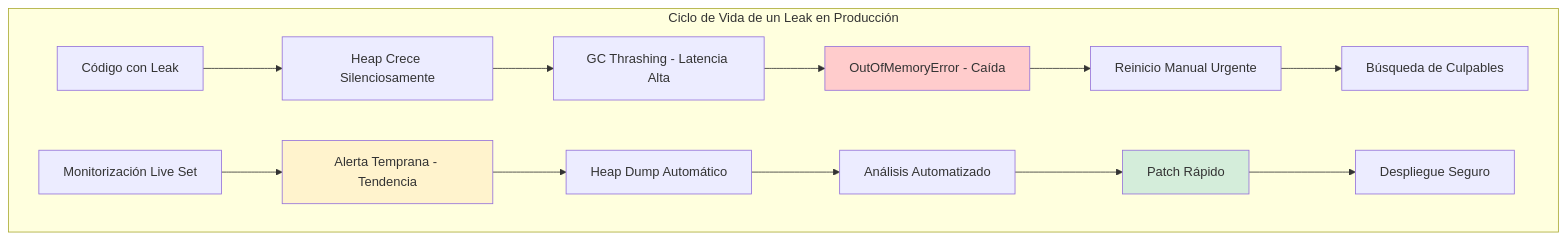
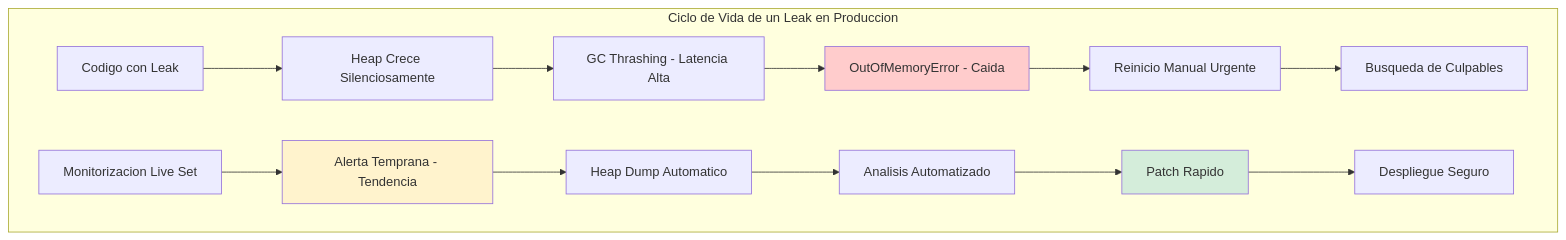
Before and after one commit to Joaquinriosheredia/DAM-Java-Mastery: the first of 4 diagrams in 01_Java_Core/memory_leaks_reales_en_java_deteccion_y_solucion_con_visualvm_STAFF.md, drawn with Mermaid. The commit also changed other lines of this file, not shown here.

Commit message:
memory_leaks_reales_en_java_deteccion_y_solucion_con_visualvm_STAFF.md

````diff
--- a/01_Java_Core/memory_leaks_reales_en_java_deteccion_y_solucion_con_visualvm_STAFF.md
+++ b/01_Java_Core/memory_leaks_reales_en_java_deteccion_y_solucion_con_visualvm_STAFF.md
@@ -38,20 +53,20 @@
 ```mermaid
 graph TD
-    subgraph "Ciclo de Vida de un Leak en Producción"
-        CODE[Código con Leak] --> GROW[Heap Crece Silenciosamente]
+    subgraph "Ciclo de Vida de un Leak en Produccion"
+        CODE[Codigo con Leak] --> GROW[Heap Crece Silenciosamente]
         GROW --> THRASH[GC Thrashing - Latencia Alta]
-        THRASH --> OOM[OutOfMemoryError - Caída]
+        THRASH --> OOM[OutOfMemoryError - Caida]
         OOM --> RESTART[Reinicio Manual Urgente]
-        RESTART --> BLAME[Búsqueda de Culpables]
+        RESTART --> BLAME[Busqueda de Culpables]
         
-        PROACTIVE[Monitorización Live Set] --> ALERT[Alerta Temprana - Tendencia]
-        ALERT --> DUMP[Heap Dump Automático]
-        DUMP --> ANALYSIS[Análisis Automatizado]
-        ANALYSIS --> FIX[Patch Rápido]
+        PROACTIVE[Monitorizacion Live Set] --> ALERT[Alerta Temprana - Tendencia]
+        ALERT --> DUMP[Heap Dump Automatico]
+        DUMP --> ANALYSIS[Analisis Automatizado]
+        ANALYSIS --> FIX[Patch Rapido]
         FIX --> DEPLOY[Despliegue Seguro]
     end
     
     style OOM fill:#ffcccc
     style ALERT fill:#fff3cd
     style FIX fill:#d4edda
 ```
````
